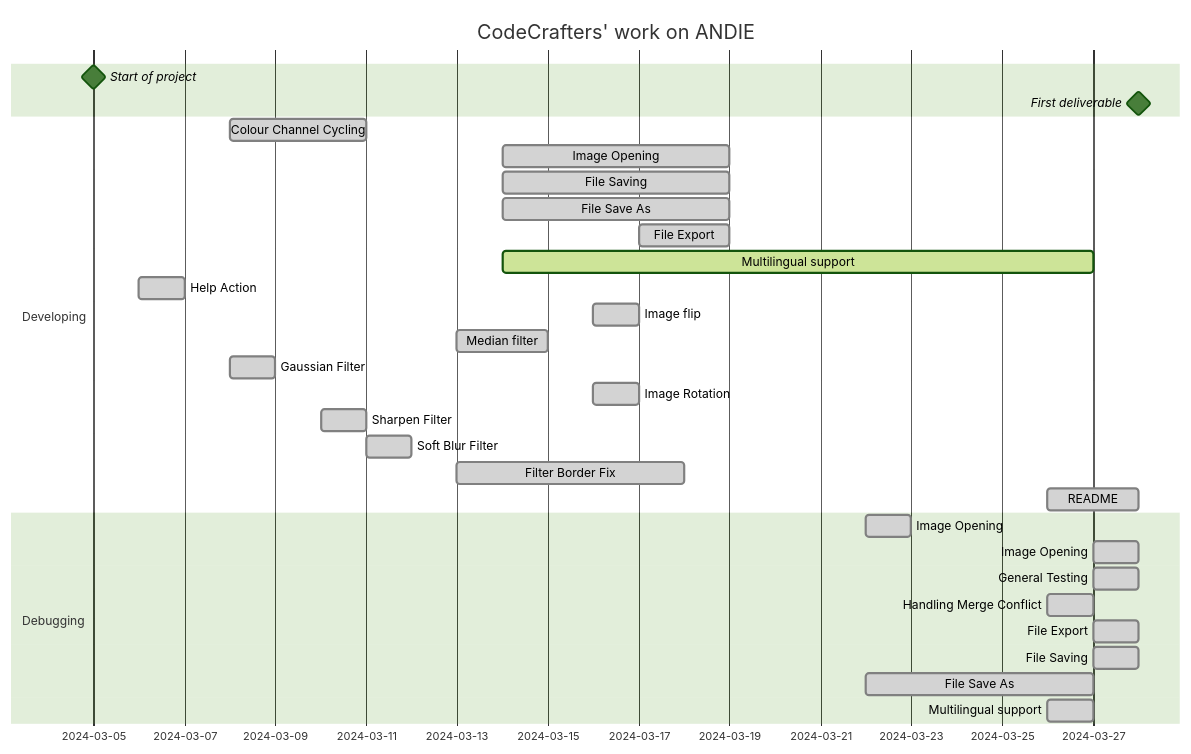
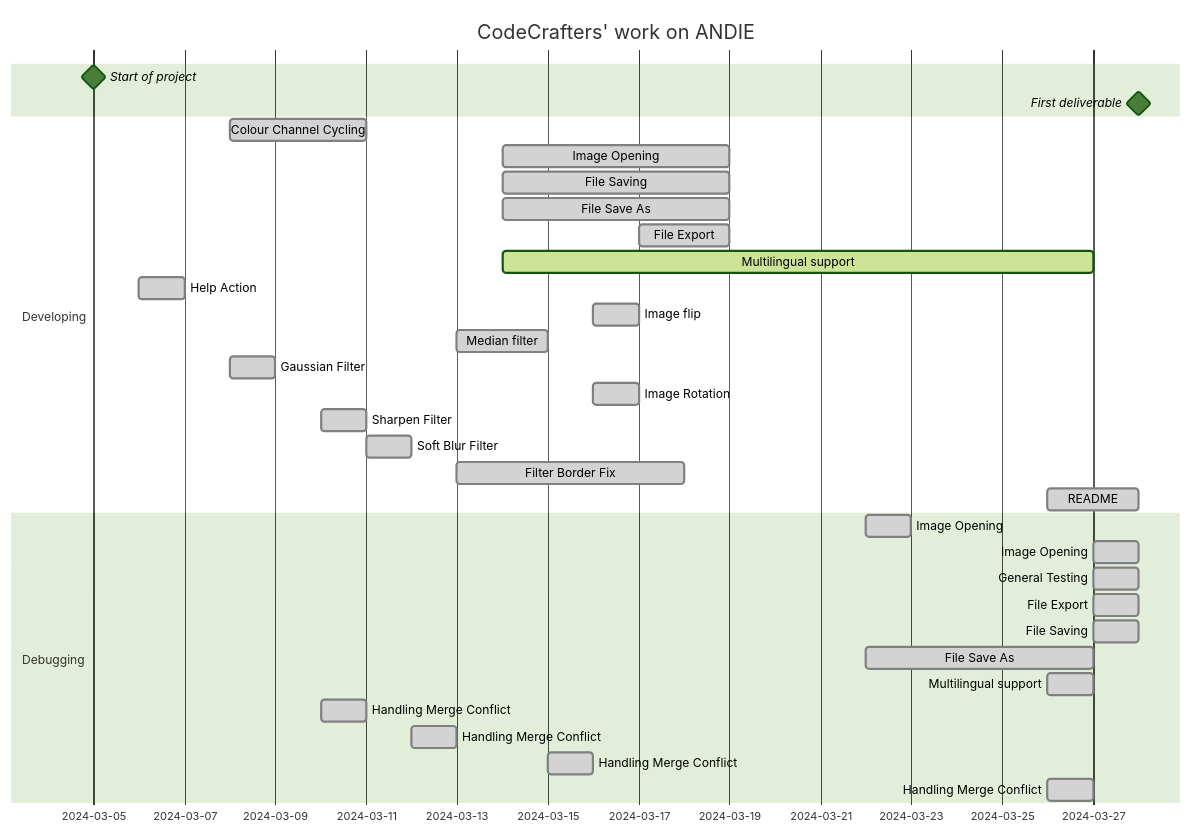
One commit to greateden/ANDIE-CodeCrafters changed the diagram in README.md. Above: the diagram before and after it, drawn with Mermaid.

Commit message:
Update Readme.md's Gantt - adding merge conflict handling

````diff
--- a/README.md
+++ b/README.md
@@ -88,42 +88,45 @@
 ```mermaid
 
 %% CodeCrafters' Gantt Chart for our work on ANDIE
 %%{init: {'theme':'forest'}}%%
         gantt
         title CodeCrafters' work on ANDIE
         dateFormat  DD-MM-YYYY
         Start of project: milestone, m1,05-03-2024, 
         First deliverable: milestone, m2, 28-03-2024,
 
         section Developing
             Colour Channel Cycling              :done, des1, 08-03-2024, 3d
             Image Opening                       :done,  des2, 14-03-2024, 19-03-2024
             File Saving                         :done,  des2, 14-03-2024, 19-03-2024
             File Save As                        :done,  des2, 14-03-2024, 19-03-2024
             File Export                         :done,  des2, 17-03-2024, 19-03-2024
             Multilingual support                :active, des2, 14-03-2024, 27-03-2024
             Help Action                         :done, des1, 06-03-2024, 07-03-2024
             Image flip                          :done, des1, 16-03-2024, 17-03-2024
             Median filter                       :done, des2, 13-03-2024, 15-03-2024
             Gaussian Filter               :done, 08-03-2024, 09-03-2024
             Image Rotation                :done, 16-03-2024, 17-03-2024
             Sharpen Filter                 :done, des2, 10-03-2024, 11-03-2024
             Soft Blur Filter               :done, des2, 11-03-2024, 12-03-2024
             Filter Border Fix              :done, des2, 13-03-2024, 18-03-2024
             README                         :done, des2, 26-03-2024, 28-03-2024
 
 
 
         section Debugging
             Image Opening                      :done , 22-03-2024, 23-03-2024
             Image Opening                      :done , 27-03-2024, 28-03-2024
             General Testing                    :done, 27-03-2024, 28-03-2024
-            Handling Merge Conflict             :done, 26-03-2024, 27-03-2024
             File Export                         :done, 27-03-2024, 28-03-2024
             File Saving                         :done, 27-03-2024, 28-03-2024
             File Save As                        :done, 22-03-2024, 27-03-2024
             Multilingual support                :done, 26-03-2024, 27-03-2024
+            Handling Merge Conflict             :done, 10-03-2024, 11-03-2024
+            Handling Merge Conflict             :done, 12-03-2024, 13-03-2024
+            Handling Merge Conflict             :done, 15-03-2024, 16-03-2024
+            Handling Merge Conflict             :done, 26-03-2024, 27-03-2024
 
 
 
 ```
````
